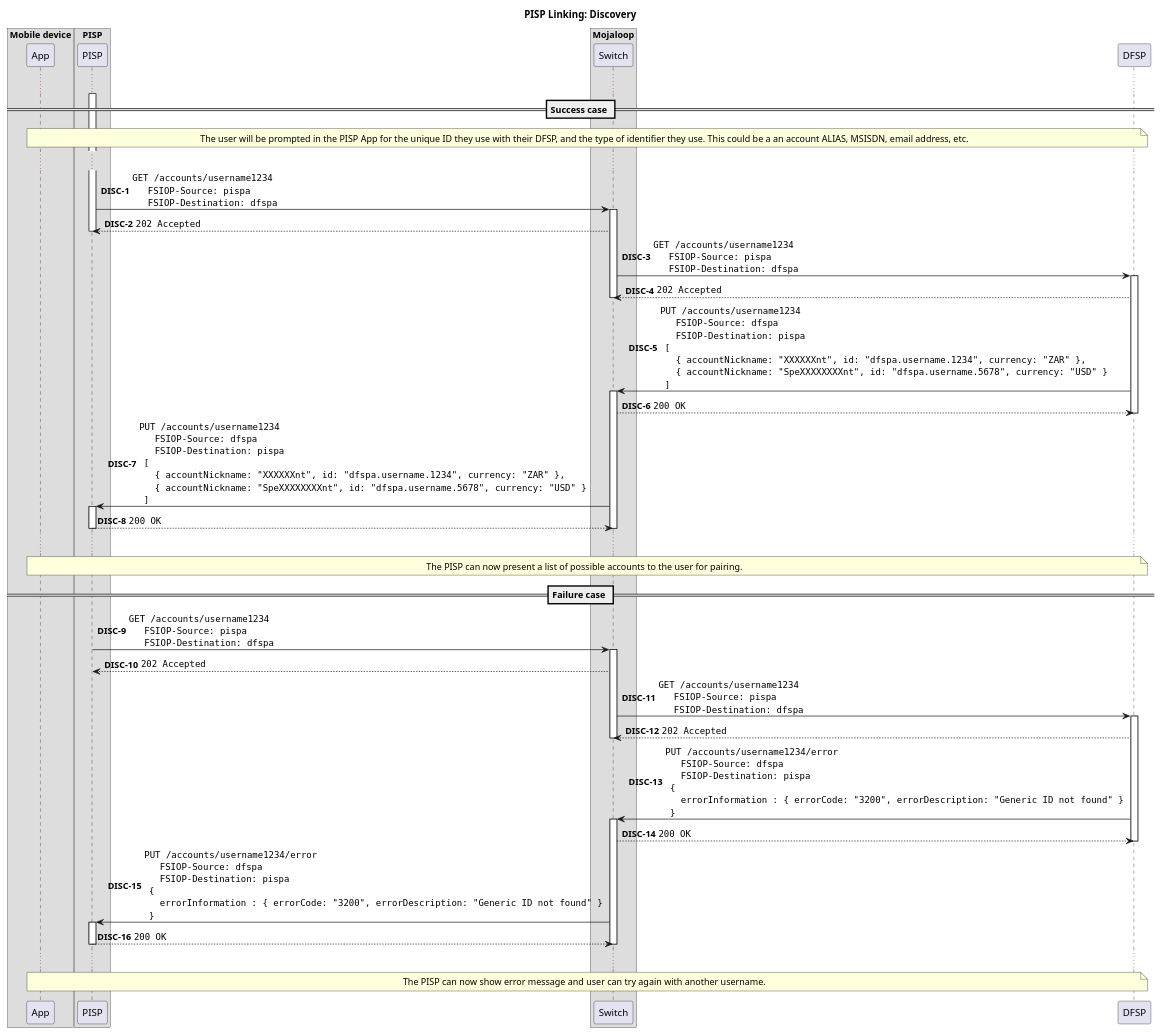
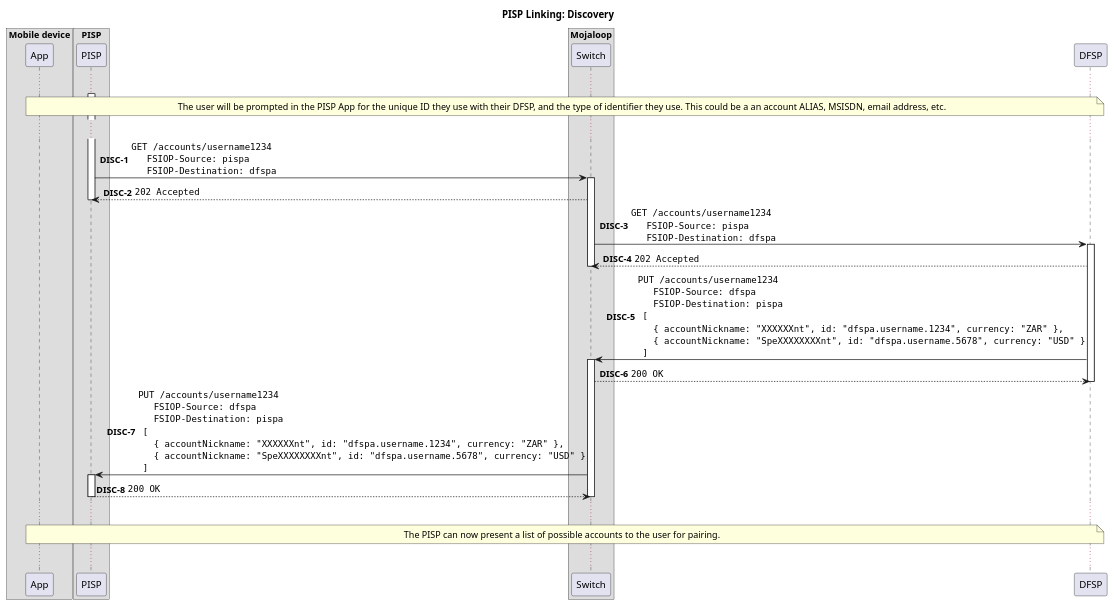
One commit to mojaloop/pisp-project changed the diagram in docs/linking/1-discovery.puml. Above: the diagram before and after it, drawn with PlantUML. The commit also changed 15 other files, not shown here.

```diff
--- a/docs/linking/1-discovery.puml
+++ b/docs/linking/1-discovery.puml
@@ -1,111 +1,71 @@
 @startuml
 
 title PISP Linking: Discovery
 
 box "Mobile device"
     participant App
 end box
 
 box "PISP"
     participant PISP
 end box
 
 box "Mojaloop"
     participant Switch
 end box
 
 participant DFSP
 
 autonumber 1 "<b>DISC-#</b>"
 activate PISP
 
 ...
-
-== Success case ==
 
 note over App, DFSP
   The user will be prompted in the PISP App for the unique ID they use with their DFSP, and the type of identifier they use. This could be a an account ALIAS, MSISDN, email address, etc.
 end note
 
 ...
 
 PISP -> Switch ++: ""GET /accounts/username1234""\n\
   ""  FSIOP-Source: pispa""\n\
   ""  FSIOP-Destination: dfspa""
 Switch --> PISP: ""202 Accepted""
 deactivate PISP
 
 Switch -> DFSP ++: ""GET /accounts/username1234""\n\
   ""  FSIOP-Source: pispa""\n\
   ""  FSIOP-Destination: dfspa""
 DFSP --> Switch: ""202 Accepted""
 deactivate Switch
 
 DFSP -> Switch ++: ""PUT /accounts/username1234""\n\
   ""  FSIOP-Source: dfspa""\n\
   ""  FSIOP-Destination: pispa""\n\
   ""[""\n\
   ""  { accountNickname: "XXXXXXnt", id: "dfspa.username.1234", currency: "ZAR" },""\n\
   ""  { accountNickname: "SpeXXXXXXXXnt", id: "dfspa.username.5678", currency: "USD" }""\n\
   ""]""
 Switch --> DFSP: ""200 OK""
 deactivate DFSP
 
 Switch -> PISP ++: ""PUT /accounts/username1234""\n\
   ""  FSIOP-Source: dfspa""\n\
   ""  FSIOP-Destination: pispa""\n\
   ""[""\n\
   ""  { accountNickname: "XXXXXXnt", id: "dfspa.username.1234", currency: "ZAR" },""\n\
   ""  { accountNickname: "SpeXXXXXXXXnt", id: "dfspa.username.5678", currency: "USD" }""\n\
   ""]""
 PISP --> Switch: ""200 OK""
 deactivate Switch
 deactivate PISP
 
 ...
 
 note over App, DFSP
   The PISP can now present a list of possible accounts to the user for pairing.
 end note
 
-
-== Failure case ==
-
-PISP -> Switch ++: ""GET /accounts/username1234""\n\
-  ""  FSIOP-Source: pispa""\n\
-  ""  FSIOP-Destination: dfspa""
-Switch --> PISP: ""202 Accepted""
-deactivate PISP
-
-Switch -> DFSP ++: ""GET /accounts/username1234""\n\
-  ""  FSIOP-Source: pispa""\n\
-  ""  FSIOP-Destination: dfspa""
-DFSP --> Switch: ""202 Accepted""
-deactivate Switch
-
-DFSP -> Switch ++: ""PUT /accounts/username1234/error""\n\
-  ""  FSIOP-Source: dfspa""\n\
-  ""  FSIOP-Destination: pispa""\n\
-  ""{""\n\
-  ""  errorInformation : { errorCode: "3200", errorDescription: "Generic ID not found" } ""\n\
-  ""}""
-Switch --> DFSP: ""200 OK""
-deactivate DFSP
-
-Switch -> PISP ++: ""PUT /accounts/username1234/error""\n\
-  ""  FSIOP-Source: dfspa""\n\
-  ""  FSIOP-Destination: pispa""\n\
-  ""{""\n\
-  ""  errorInformation : { errorCode: "3200", errorDescription: "Generic ID not found" } ""\n\
-  ""}""
-PISP --> Switch: ""200 OK""
-deactivate Switch
-deactivate PISP
-
 ...
 
-note over App, DFSP
-  The PISP can now show error message and user can try again with another username.
-end note
-
 @enduml
```
